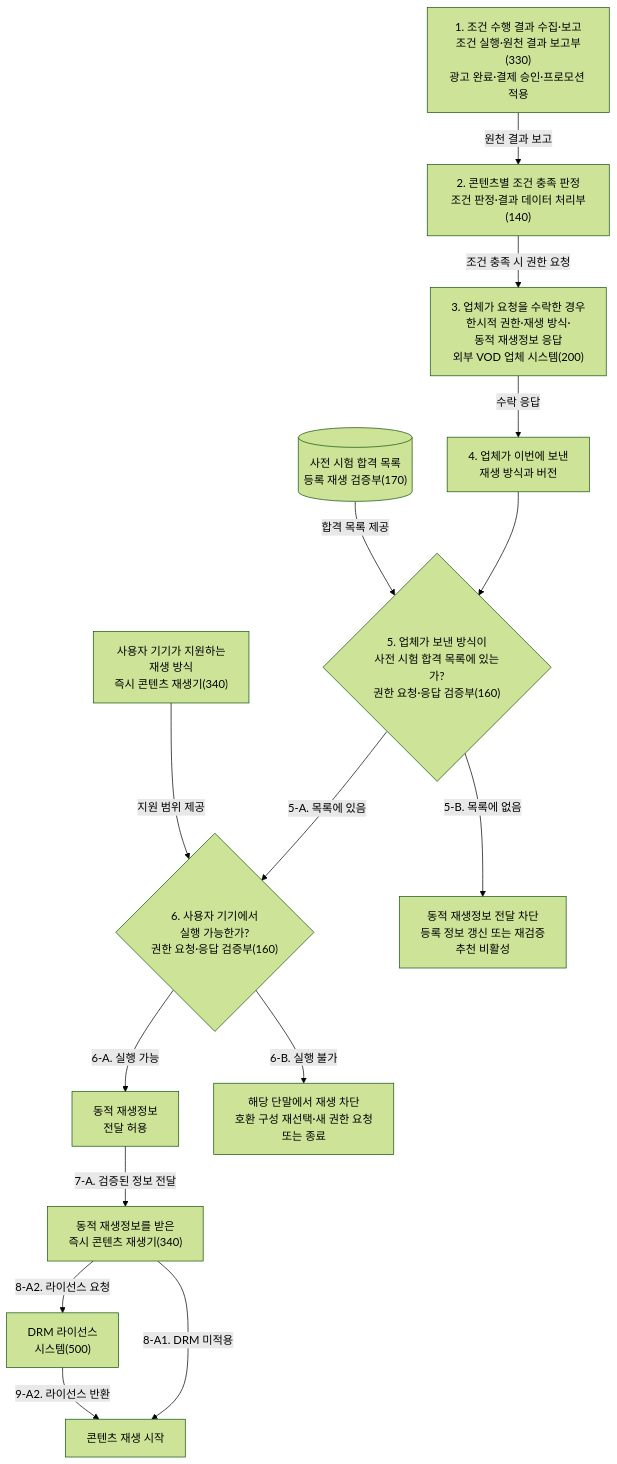
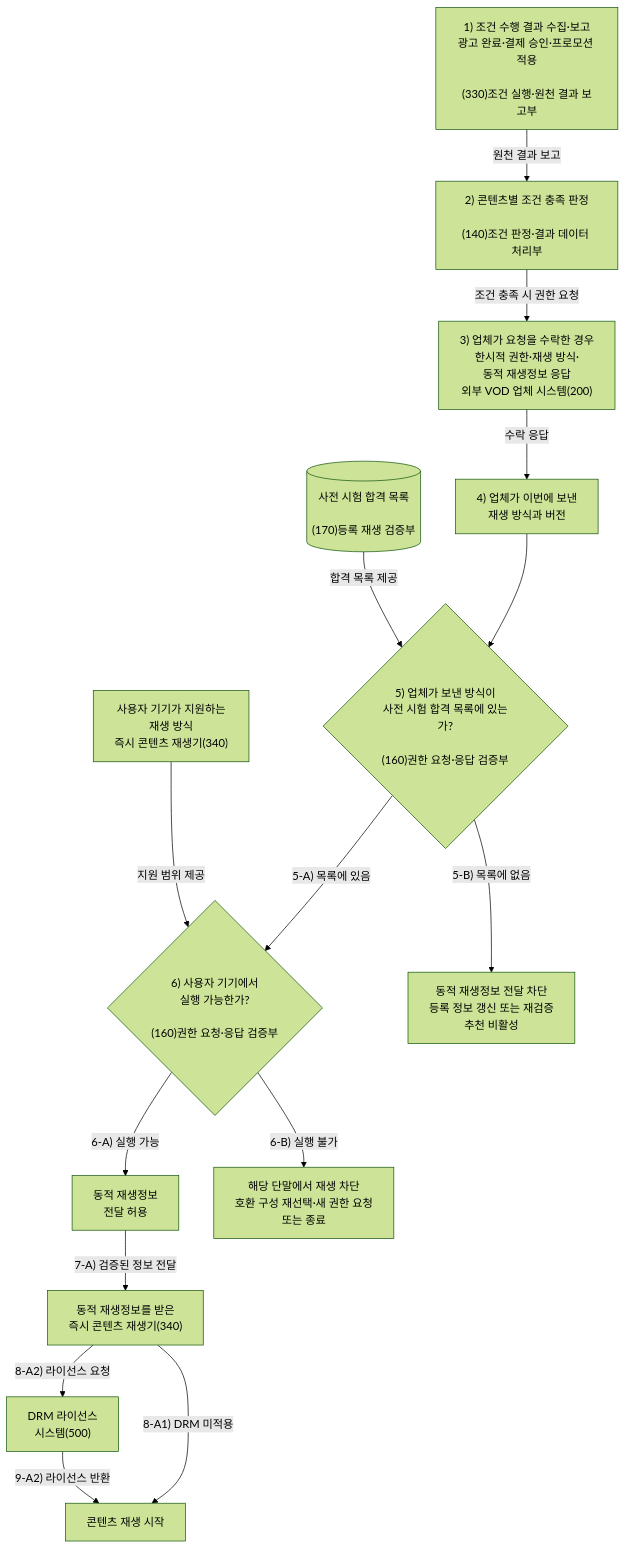
One commit to growdai1y/instant-play changed the fourth of 11 diagrams in instant_play_직무발명서_가독성개선본.md. Above: the diagram before and after it, drawn with Mermaid (forest theme). The commit also changed other lines of this file and 1 other file, not shown here.

Commit message:
Improve Mermaid flowchart labels

````diff
--- a/instant_play_직무발명서_가독성개선본.md
+++ b/instant_play_직무발명서_가독성개선본.md
@@ -259,32 +259,32 @@
 ```mermaid
 flowchart TB
-    SOURCE330["1. 조건 수행 결과 수집·보고<br/>조건 실행·원천 결과 보고부(330)<br/>광고 완료·결제 승인·프로모션 적용"]
-    DECISION140["2. 콘텐츠별 조건 충족 판정<br/>조건 판정·결과 데이터 처리부(140)"]
-    PROVIDER200["3. 업체가 요청을 수락한 경우<br/>한시적 권한·재생 방식·<br/>동적 재생정보 응답<br/>외부 VOD 업체 시스템(200)"]
-    CONFIG200["4. 업체가 이번에 보낸<br/>재생 방식과 버전"]
-    VERIFIED170[("사전 시험 합격 목록<br/>등록 재생 검증부(170)")]
-    CHECK_VERIFIED{"5. 업체가 보낸 방식이<br/>사전 시험 합격 목록에 있는가?<br/>권한 요청·응답 검증부(160)"}
+    SOURCE330["1) 조건 수행 결과 수집·보고<br/>광고 완료·결제 승인·프로모션 적용<br/><br/>(330)조건 실행·원천 결과 보고부"]
+    DECISION140["2) 콘텐츠별 조건 충족 판정<br/><br/>(140)조건 판정·결과 데이터 처리부"]
+    PROVIDER200["3) 업체가 요청을 수락한 경우<br/>한시적 권한·재생 방식·<br/>동적 재생정보 응답<br/>외부 VOD 업체 시스템(200)"]
+    CONFIG200["4) 업체가 이번에 보낸<br/>재생 방식과 버전"]
+    VERIFIED170[("사전 시험 합격 목록<br/><br/>(170)등록 재생 검증부")]
+    CHECK_VERIFIED{"5) 업체가 보낸 방식이<br/>사전 시험 합격 목록에 있는가?<br/><br/>(160)권한 요청·응답 검증부"}
     CAPABILITY340["사용자 기기가 지원하는<br/>재생 방식<br/>즉시 콘텐츠 재생기(340)"]
-    CHECK_DEVICE{"6. 사용자 기기에서<br/>실행 가능한가?<br/>권한 요청·응답 검증부(160)"}
+    CHECK_DEVICE{"6) 사용자 기기에서<br/>실행 가능한가?<br/><br/>(160)권한 요청·응답 검증부"}
     DELIVER["동적 재생정보<br/>전달 허용"]
     PLAYER340["동적 재생정보를 받은<br/>즉시 콘텐츠 재생기(340)"]
     DRM["DRM 라이선스<br/>시스템(500)"]
     PLAY["콘텐츠 재생 시작"]
     CONFIG_BLOCK["동적 재생정보 전달 차단<br/>등록 정보 갱신 또는 재검증<br/>추천 비활성"]
     DEVICE_BLOCK["해당 단말에서 재생 차단<br/>호환 구성 재선택·새 권한 요청<br/>또는 종료"]
 
     SOURCE330 -->|"원천 결과 보고"| DECISION140
     DECISION140 -->|"조건 충족 시 권한 요청"| PROVIDER200
     PROVIDER200 -->|"수락 응답"| CONFIG200
     CONFIG200 --> CHECK_VERIFIED
     VERIFIED170 -->|"합격 목록 제공"| CHECK_VERIFIED
-    CHECK_VERIFIED -->|"5-A. 목록에 있음"| CHECK_DEVICE
-    CHECK_VERIFIED -->|"5-B. 목록에 없음"| CONFIG_BLOCK
+    CHECK_VERIFIED -->|"5-A) 목록에 있음"| CHECK_DEVICE
+    CHECK_VERIFIED -->|"5-B) 목록에 없음"| CONFIG_BLOCK
     CAPABILITY340 -->|"지원 범위 제공"| CHECK_DEVICE
-    CHECK_DEVICE -->|"6-A. 실행 가능"| DELIVER
-    CHECK_DEVICE -->|"6-B. 실행 불가"| DEVICE_BLOCK
-    DELIVER -->|"7-A. 검증된 정보 전달"| PLAYER340
-    PLAYER340 -->|"8-A1. DRM 미적용"| PLAY
-    PLAYER340 -->|"8-A2. 라이선스 요청"| DRM
-    DRM -->|"9-A2. 라이선스 반환"| PLAY
+    CHECK_DEVICE -->|"6-A) 실행 가능"| DELIVER
+    CHECK_DEVICE -->|"6-B) 실행 불가"| DEVICE_BLOCK
+    DELIVER -->|"7-A) 검증된 정보 전달"| PLAYER340
+    PLAYER340 -->|"8-A1) DRM 미적용"| PLAY
+    PLAYER340 -->|"8-A2) 라이선스 요청"| DRM
+    DRM -->|"9-A2) 라이선스 반환"| PLAY
 ```
````
